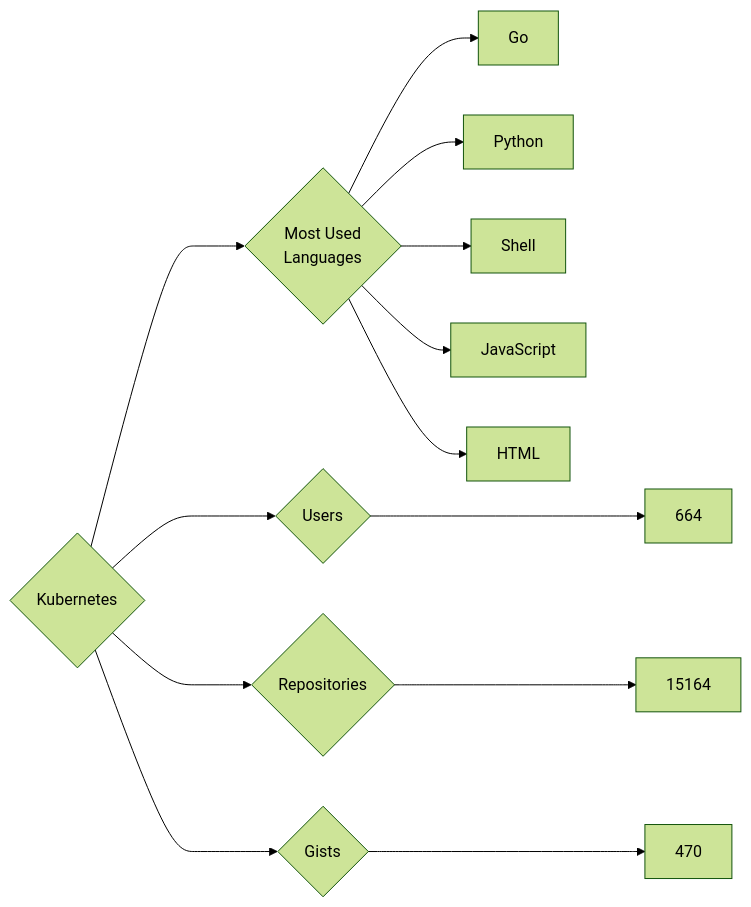
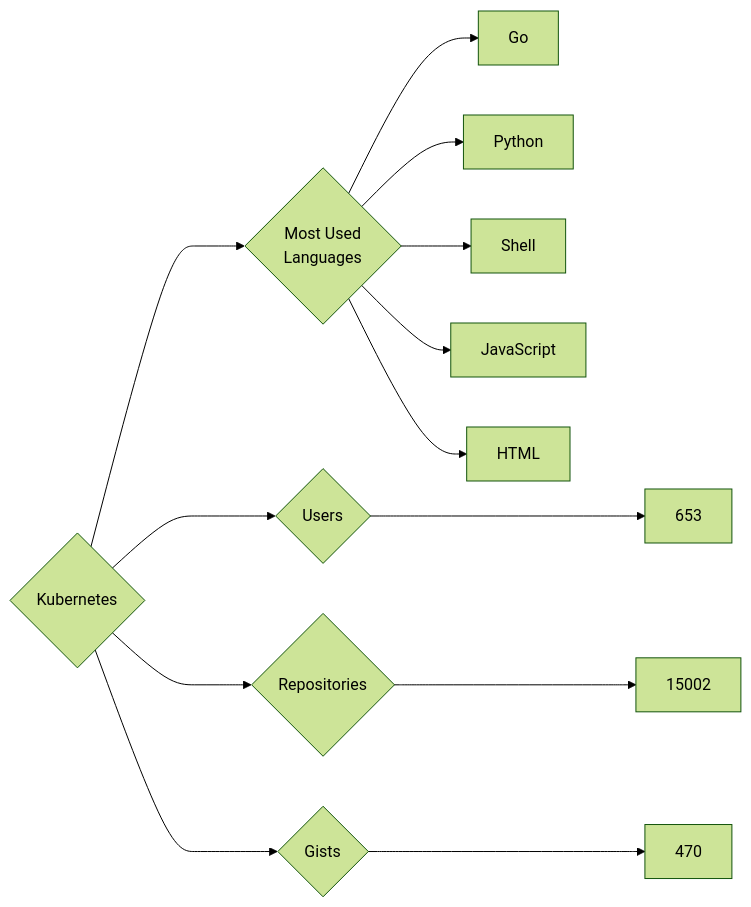
One commit to trickest/insiders changed the diagram in targets/Kubernetes/README.md. Above: the diagram before and after it, drawn with Mermaid (forest theme). The commit also changed 912 other files, not shown here.

````diff
--- a/targets/Kubernetes/README.md
+++ b/targets/Kubernetes/README.md
@@ -3,13 +3,13 @@
 ```mermaid
 graph LR
 COMPANY_NAME{Kubernetes}
-COMPANY_NAME ---> U{Users} ---> UN[664]
-COMPANY_NAME ---> R{Repositories} ---> RN[15164]
+COMPANY_NAME ---> U{Users} ---> UN[653]
+COMPANY_NAME ---> R{Repositories} ---> RN[15002]
 COMPANY_NAME ---> G{Gists} ---> GN[470]
 COMPANY_NAME ---> ML{Most Used<br>Languages}
 ML --> Go[Go]
 ML --> Python[Python]
 ML --> Shell[Shell]
 ML --> JavaScript[JavaScript]
 ML --> HTML[HTML]
 ```
````
